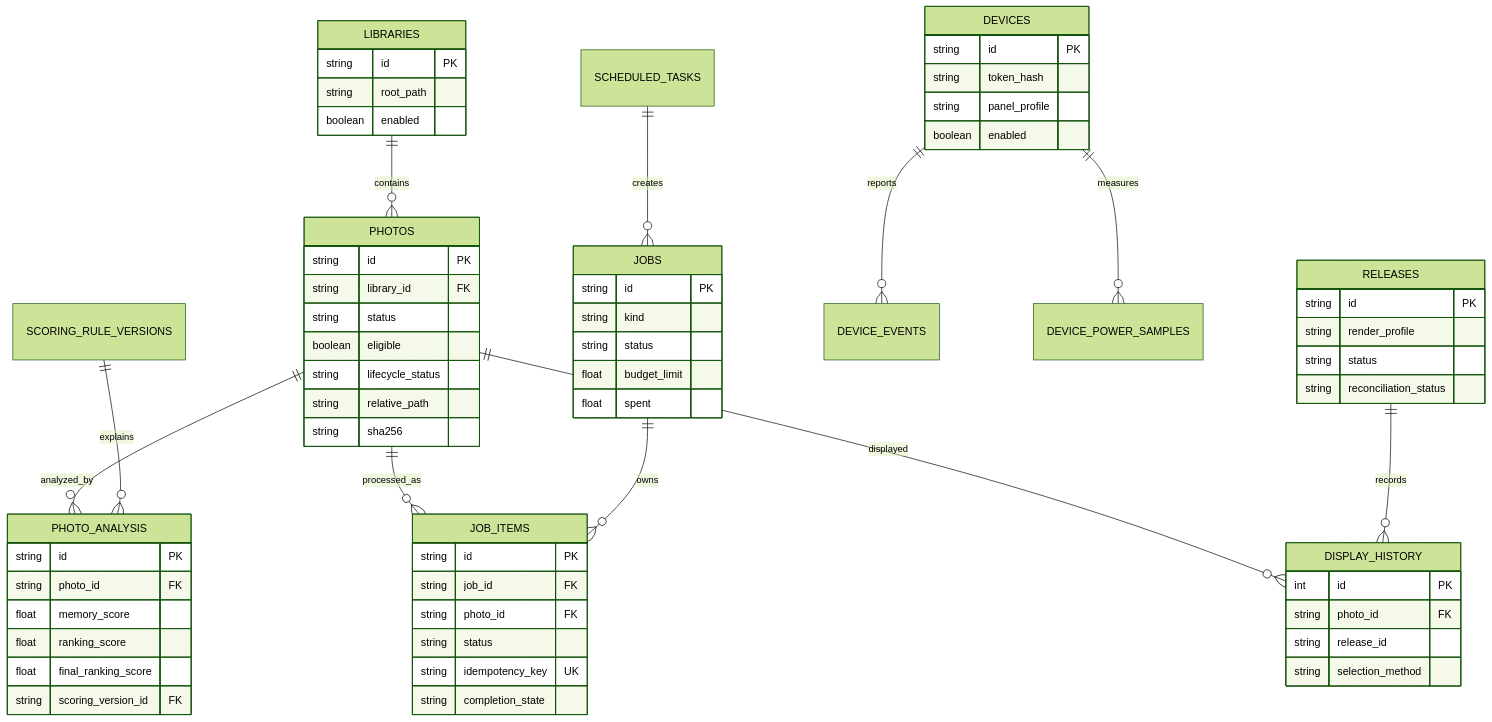
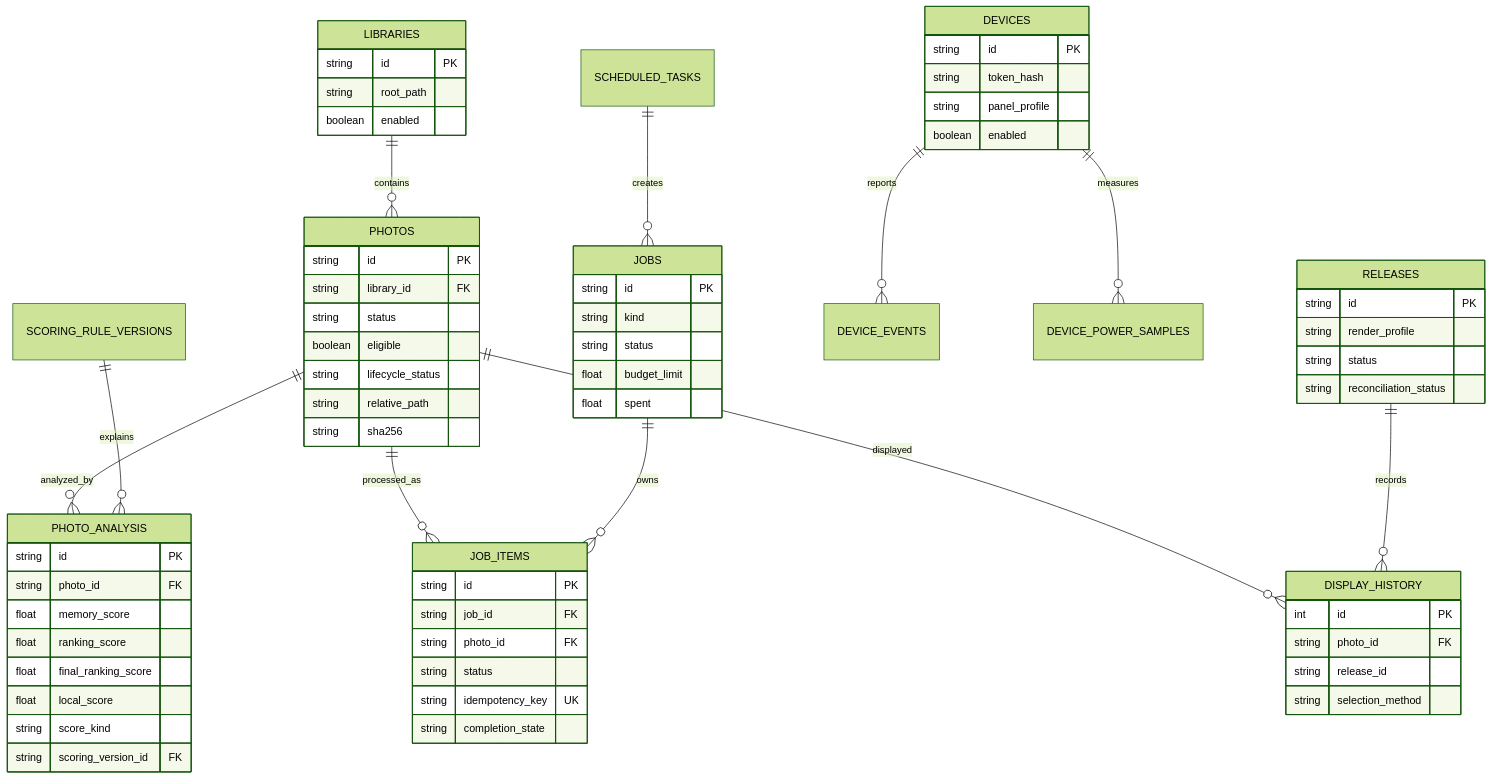
Before and after one commit to steven87090799/InkTime: diagram 13 of 15 in README.md, drawn with Mermaid (forest theme). The commit also changed other lines of this file and 29 other files, not shown here.

````diff
--- a/README.md
+++ b/README.md
@@ -516,69 +518,71 @@
 ```mermaid
 erDiagram
     LIBRARIES ||--o{ PHOTOS : contains
     PHOTOS ||--o{ PHOTO_ANALYSIS : analyzed_by
     PHOTOS ||--o{ JOB_ITEMS : processed_as
     JOBS ||--o{ JOB_ITEMS : owns
     PHOTOS ||--o{ DISPLAY_HISTORY : displayed
     RELEASES ||--o{ DISPLAY_HISTORY : records
     DEVICES ||--o{ DEVICE_EVENTS : reports
     DEVICES ||--o{ DEVICE_POWER_SAMPLES : measures
     SCHEDULED_TASKS ||--o{ JOBS : creates
     SCORING_RULE_VERSIONS ||--o{ PHOTO_ANALYSIS : explains
 
     LIBRARIES {
         string id PK
         string root_path
         boolean enabled
     }
     PHOTOS {
         string id PK
         string library_id FK
         string status
         boolean eligible
         string lifecycle_status
         string relative_path
         string sha256
     }
     PHOTO_ANALYSIS {
         string id PK
         string photo_id FK
         float memory_score
         float ranking_score
         float final_ranking_score
+        float local_score
+        string score_kind
         string scoring_version_id FK
     }
     JOBS {
         string id PK
         string kind
         string status
         float budget_limit
         float spent
     }
     JOB_ITEMS {
         string id PK
         string job_id FK
         string photo_id FK
         string status
         string idempotency_key UK
         string completion_state
     }
     RELEASES {
         string id PK
         string render_profile
         string status
         string reconciliation_status
     }
     DISPLAY_HISTORY {
         int id PK
         string photo_id FK
         string release_id
         string selection_method
     }
     DEVICES {
         string id PK
         string token_hash
         string panel_profile
         boolean enabled
     }
 ```
````
